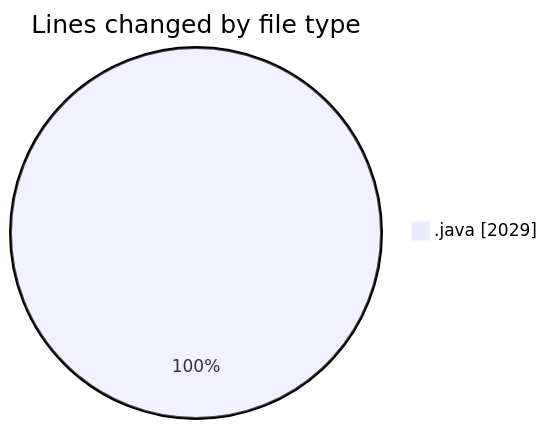
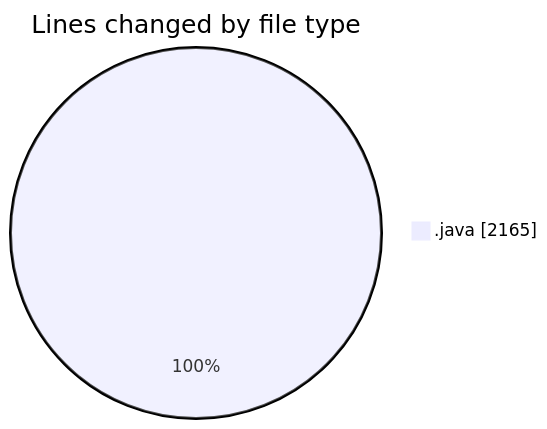
One commit to charlie-sans/code-tracking changed the first of 2 diagrams in 2025-02-20/masm/README.md. Above: the diagram before and after it, drawn with Mermaid. The commit also changed other lines of this file and 1 other file, not shown here.

````diff
--- a/2025-02-20/masm/README.md
+++ b/2025-02-20/masm/README.md
@@ -23,5 +24,5 @@
 ```mermaid
 pie showData
 title Lines changed by file type
-".java" : 2029
+".java" : 2165
 ```
````
